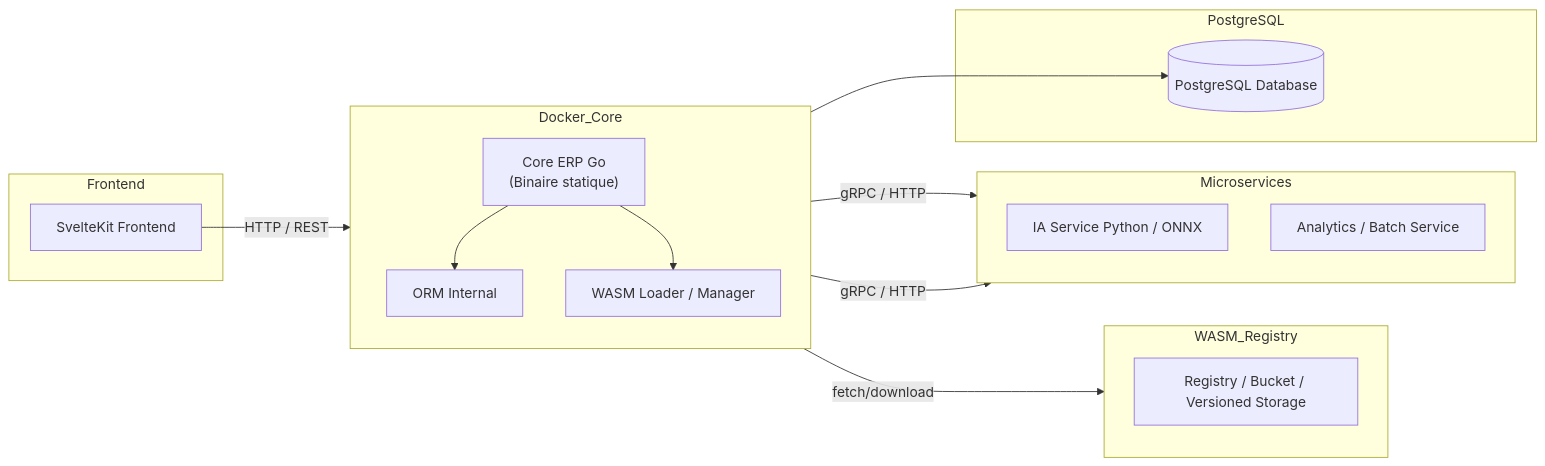
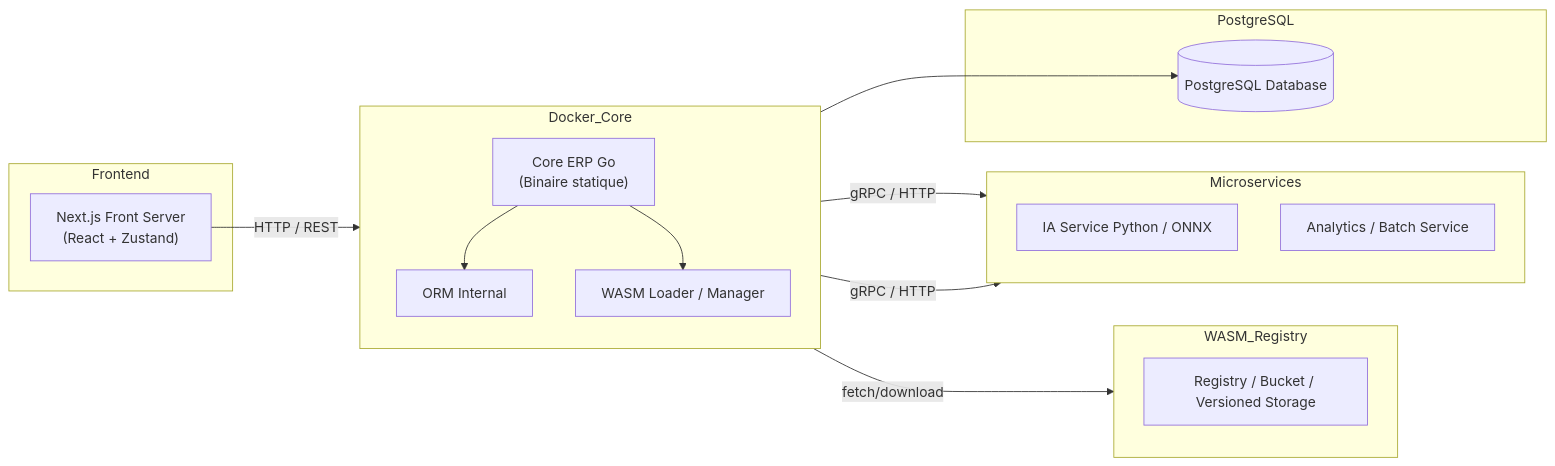
Before and after one commit to noiia/EERP-Documentation-Wiki: the fifth of 6 diagrams in docs/architecture/index.md, drawn with Mermaid. The commit also changed other lines of this file and 18 other files, not shown here.

````diff
--- a/docs/architecture/index.md
+++ b/docs/architecture/index.md
@@ -241,43 +243,43 @@
 ```mermaid
 flowchart LR
     %% Frontend
     subgraph Frontend
-        Svelte["SvelteKit Frontend"]
+        Front["Next.js Front Server\n(React + Zustand)"]
     end
 
     %% Core ERP Go container
     subgraph Docker_Core
         direction TB
         Core["Core ERP Go\n(Binaire statique)"]
         ORM["ORM Internal"]
         WASM_Manager["WASM Loader / Manager"]
     end
 
     %% WASM Modules storage
     subgraph WASM_Registry
         direction TB
         WASM_Repo["Registry / Bucket / Versioned Storage"]
     end
 
     %% Microservices dédiés
     subgraph Microservices
         direction TB
         IA["IA Service Python / ONNX"]
         Analytics["Analytics / Batch Service"]
     end
 
     %% Database
     subgraph PostgreSQL
         DB[(PostgreSQL Database)]
     end
 
     %% Flows
-    Svelte -->|HTTP / REST| Core
+    Front -->|HTTP / REST| Core
     Core --> ORM
     ORM --> DB
     Core --> WASM_Manager
     WASM_Manager -->|fetch/download| WASM_Repo
 
     Core -->|gRPC / HTTP| IA
     Core -->|gRPC / HTTP| Analytics
 ```
````
